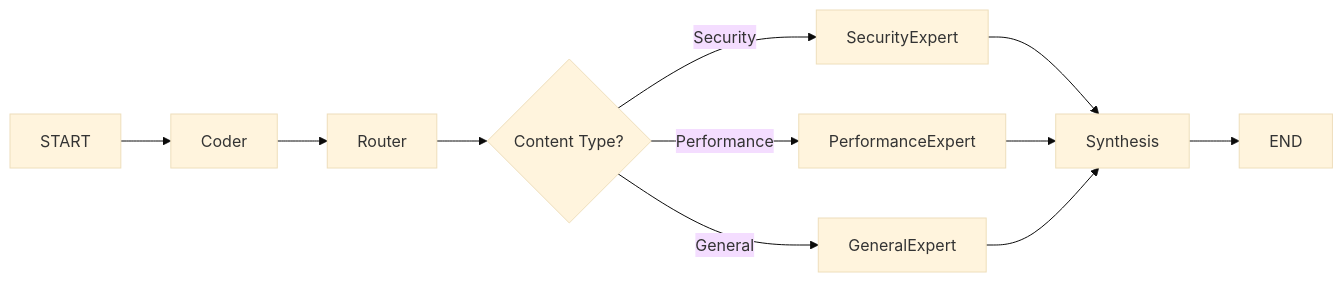
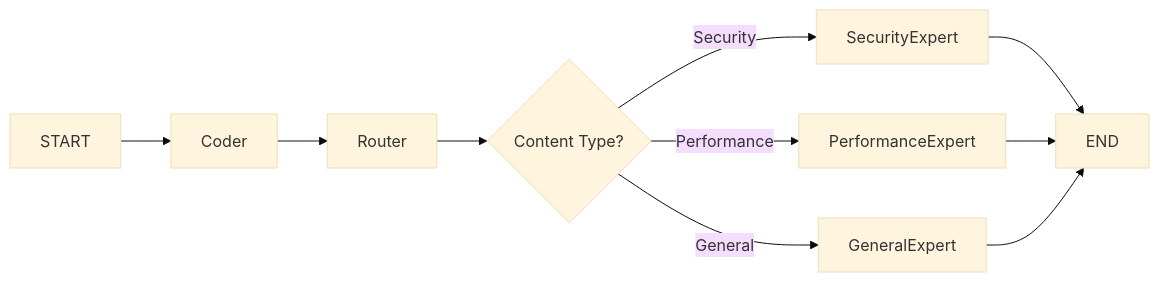
One commit to rulala/fac-ws_ai_multi-agent changed the fourth of 10 diagrams in PATTERNS.md. Above: the diagram before and after it, drawn with Mermaid (base theme). The commit also changed other lines of this file, not shown here.

Commit message:
docs: update routing diagram in PATTERNS.md

````diff
--- a/PATTERNS.md
+++ b/PATTERNS.md
@@ -80,13 +80,12 @@
 ```mermaid
 graph LR
     START --> Coder
     Coder --> Router
     Router --> RouteDecision{Content Type?}
     RouteDecision -->|Security| SecurityExpert
     RouteDecision -->|Performance| PerformanceExpert
     RouteDecision -->|General| GeneralExpert
-    SecurityExpert --> Synthesis
-    PerformanceExpert --> Synthesis
-    GeneralExpert --> Synthesis
-    Synthesis --> END
+    SecurityExpert --> END
+    PerformanceExpert --> END
+    GeneralExpert --> END
 ```
````
